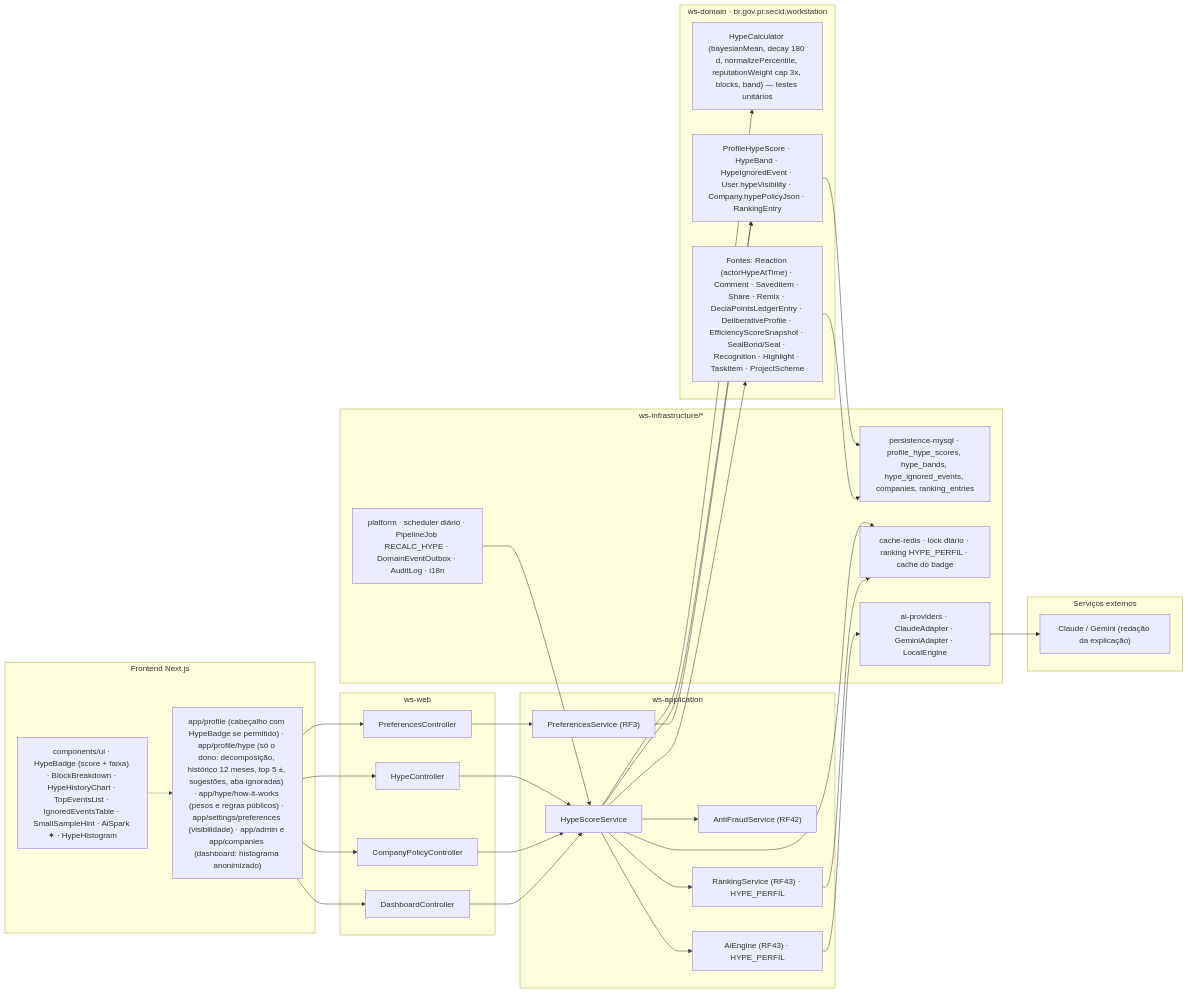
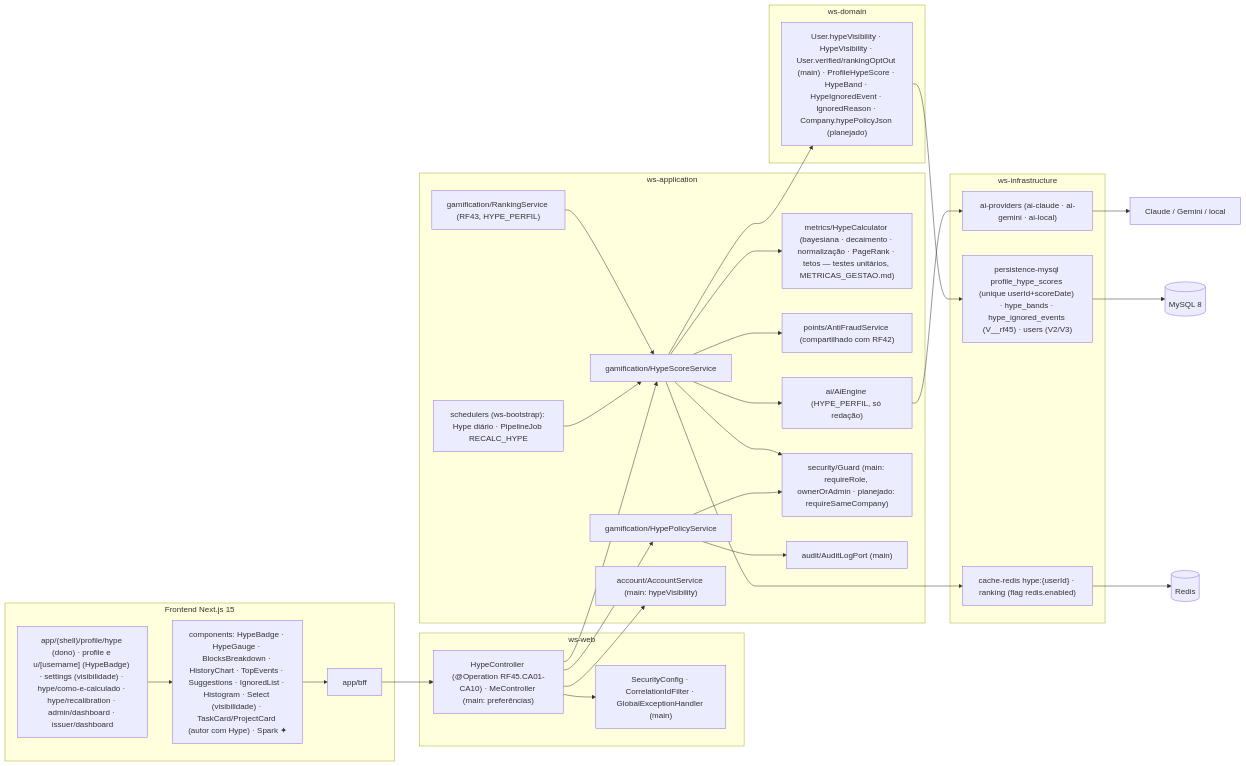
Before and after one commit to MatheusHaliski/Decia-app-2026: the fifth of 5 diagrams in docs/diagramas/RF45/README.md, drawn with Mermaid. The commit also changed other lines of this file and 4 other files, not shown here.

First line of the commit message:
docs(diagramas): reescreve RF42–RF46 (DECIA Points, IA do sistema, Tarefa do Dia, Hype do Perfil, mensageria e atribuição)

````diff
--- a/docs/diagramas/RF45/README.md
+++ b/docs/diagramas/RF45/README.md
@@ -548,62 +429,48 @@
 ```mermaid
 flowchart LR
-  subgraph FE["Frontend Next.js"]
-    FE1["app/profile (cabeçalho com HypeBadge se permitido) · app/profile/hype (só o dono: decomposição, histórico 12 meses, top 5 ±, sugestões, aba ignoradas) · app/hype/how-it-works (pesos e regras públicos) · app/settings/preferences (visibilidade) · app/admin e app/companies (dashboard: histograma anonimizado)"]
-    FE2["components/ui · HypeBadge (score + faixa) · BlockBreakdown · HypeHistoryChart · TopEventsList · IgnoredEventsTable · SmallSampleHint · AiSpark ✦ · HypeHistogram"]
+  subgraph FRONT["Frontend Next.js 15"]
+    R1["app/(shell)/profile/hype (dono) · profile e u/[username] (HypeBadge) · settings (visibilidade) · hype/como-e-calculado · hype/recalibration · admin/dashboard · issuer/dashboard"]
+    R2["components: HypeBadge · HypeGauge · BlocksBreakdown · HistoryChart · TopEvents · Suggestions · IgnoredList · Histogram · Select (visibilidade) · TaskCard/ProjectCard (autor com Hype) · Spark ✦"]
+    BFF["app/bff"]
+    R1 --> R2 --> BFF
   end
-
   subgraph WEB["ws-web"]
-    C1["HypeController"]
-    C2["PreferencesController"]
-    C3["CompanyPolicyController"]
-    C4["DashboardController"]
+    HC["HypeController (@Operation RF45.CA01-CA10) · MeController (main: preferências)"]
+    SEC["SecurityConfig · CorrelationIdFilter · GlobalExceptionHandler (main)"]
   end
-
-  subgraph APP["ws-application"]
-    S1["HypeScoreService"]
-    S2["AntiFraudService (RF42)"]
-    S3["RankingService (RF43) · HYPE_PERFIL"]
-    S4["AiEngine (RF43) · HYPE_PERFIL"]
-    S5["PreferencesService (RF3)"]
+  subgraph APPL["ws-application"]
+    HSS["gamification/HypeScoreService"]
+    HCAL["metrics/HypeCalculator (bayesiana · decaimento · normalização · PageRank · tetos — testes unitários, METRICAS_GESTAO.md)"]
+    AF["points/AntiFraudService (compartilhado com RF42)"]
+    HPS["gamification/HypePolicyService"]
+    RK["gamification/RankingService (RF43, HYPE_PERFIL)"]
+    AIE["ai/AiEngine (HYPE_PERFIL, só redação)"]
+    ACC["account/AccountService (main: hypeVisibility)"]
+    GD["security/Guard (main: requireRole, ownerOrAdmin · planejado: requireSameCompany)"]
+    AUD["audit/AuditLogPort (main)"]
+    SCH["schedulers (ws-bootstrap): Hype diário · PipelineJob RECALC_HYPE"]
   end
-
-  subgraph DOM["ws-domain · br.gov.pr.secid.workstation"]
-    D1["HypeCalculator (bayesianMean, decay 180 d, normalizePercentile, reputationWeight cap 3x, blocks, band) — testes unitários"]
-    D2["ProfileHypeScore · HypeBand · HypeIgnoredEvent · User.hypeVisibility · Company.hypePolicyJson · RankingEntry"]
-    D3["Fontes: Reaction (actorHypeAtTime) · Comment · SavedItem · Share · Remix · DeciaPointsLedgerEntry · DeliberativeProfile · EfficiencyScoreSnapshot · SealBond/Seal · Recognition · Highlight · TaskItem · ProjectScheme"]
+  subgraph DOM["ws-domain"]
+    ENT["User.hypeVisibility · HypeVisibility · User.verified/rankingOptOut (main) · ProfileHypeScore · HypeBand · HypeIgnoredEvent · IgnoredReason · Company.hypePolicyJson (planejado)"]
   end
-
-  subgraph INFRA["ws-infrastructure/*"]
-    I1["persistence-mysql · profile_hype_scores, hype_bands, hype_ignored_events, companies, ranking_entries"]
-    I2["cache-redis · lock diário · ranking HYPE_PERFIL · cache do badge"]
-    I3["ai-providers · ClaudeAdapter · GeminiAdapter · LocalEngine"]
-    I4["platform · scheduler diário · PipelineJob RECALC_HYPE · DomainEventOutbox · AuditLog · i18n"]
+  subgraph INFRA["ws-infrastructure"]
+    MY["persistence-mysql profile_hype_scores (unique userId+scoreDate) · hype_bands · hype_ignored_events (V__rf45) · users (V2/V3)"]
+    RD["cache-redis hype:{userId} · ranking (flag redis.enabled)"]
+    AIP["ai-providers (ai-claude · ai-gemini · ai-local)"]
   end
-
-  subgraph EXT["Serviços externos"]
-    X1["Claude / Gemini (redação da explicação)"]
-  end
-
-  FE1 --> C1
-  FE1 --> C2
-  FE1 --> C3
-  FE1 --> C4
-  FE2 -.-> FE1
-  C1 --> S1
-  C2 --> S5
-  C3 --> S1
-  C4 --> S1
-  S1 --> D1
-  S1 --> S2
-  S1 --> S3
-  S1 --> S4
-  S1 --> D2
-  S1 --> D3
-  S5 --> D2
-  D2 --> I1
-  D3 --> I1
-  S1 --> I2
-  S3 --> I2
-  S4 --> I3 --> X1
-  I4 --> S1
+  BFF --> HC --> SEC
+  HC --> HSS
+  HC --> HPS
+  HC --> ACC
+  HSS --> HCAL
+  HSS --> AF
+  HSS --> AIE
+  HSS --> GD
+  HPS --> GD
+  HPS --> AUD
+  RK --> HSS
+  SCH --> HSS
+  HSS --> ENT --> MY --> MYSQL[("MySQL 8")]
+  HSS --> RD --> REDIS[("Redis")]
+  AIE --> AIP --> AI["Claude / Gemini / local"]
 ```
````
